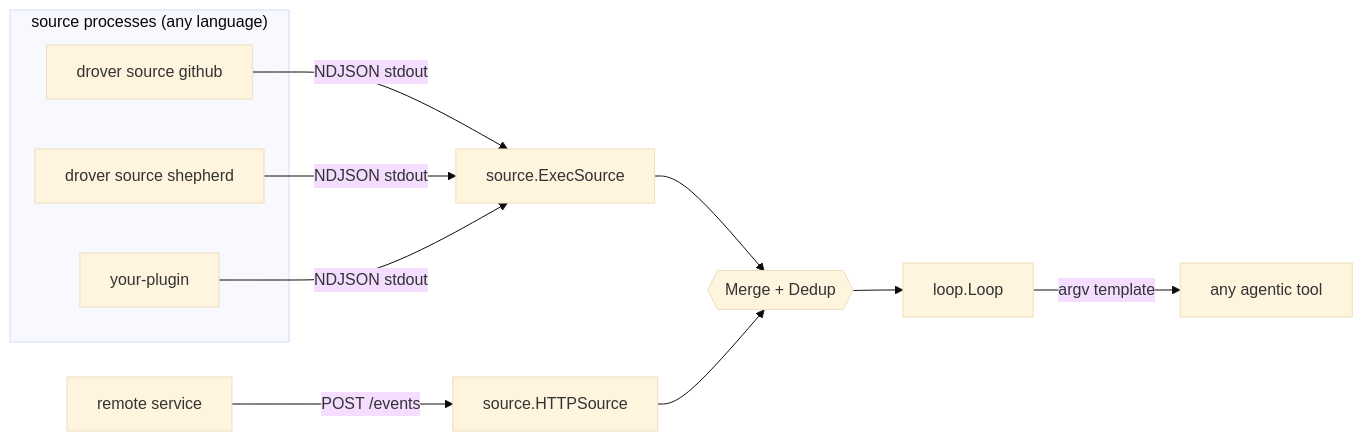
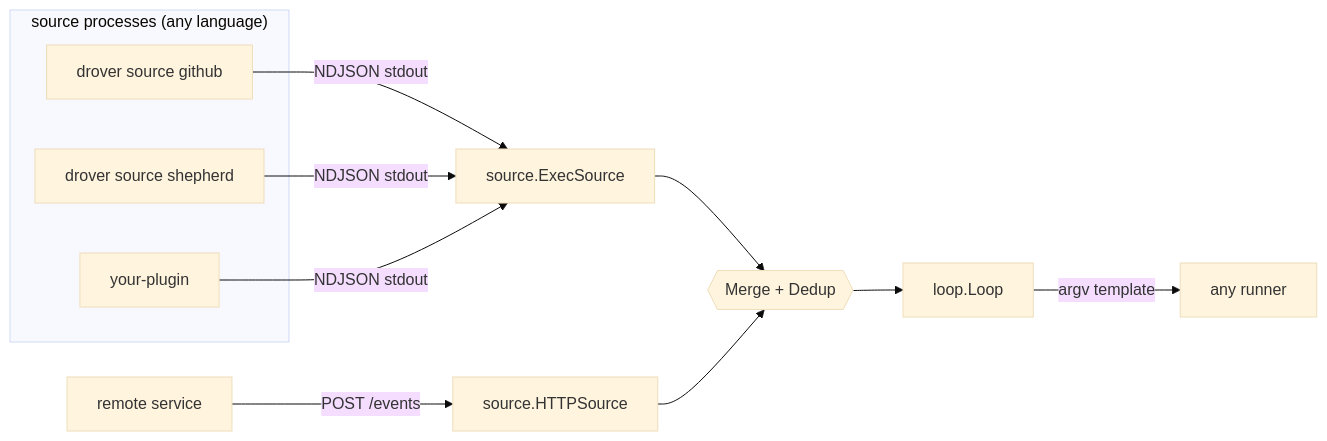
Before and after one commit to jwarykowski/drover: the first of 4 diagrams in docs/architecture.md, drawn with Mermaid (base theme). The commit also changed other lines of this file and 1 other file, not shown here.

First line of the commit message:
docs: finish agent→runner rename in README and architecture doc

````diff
--- a/docs/architecture.md
+++ b/docs/architecture.md
@@ -34,16 +34,16 @@
 ```mermaid
 flowchart LR
     subgraph plugins["source processes (any language)"]
         GH["drover source github"]
         SH["drover source shepherd"]
         TP["your-plugin"]
     end
     GH -->|NDJSON stdout| EX[source.ExecSource]
     SH -->|NDJSON stdout| EX
     TP -->|NDJSON stdout| EX
     RM["remote service"] -->|POST /events| HT[source.HTTPSource]
     EX --> M{{Merge + Dedup}}
     HT --> M
     M --> L[loop.Loop]
-    L -->|argv template| AG["any agentic tool"]
+    L -->|argv template| AG["any runner"]
 ```
````
